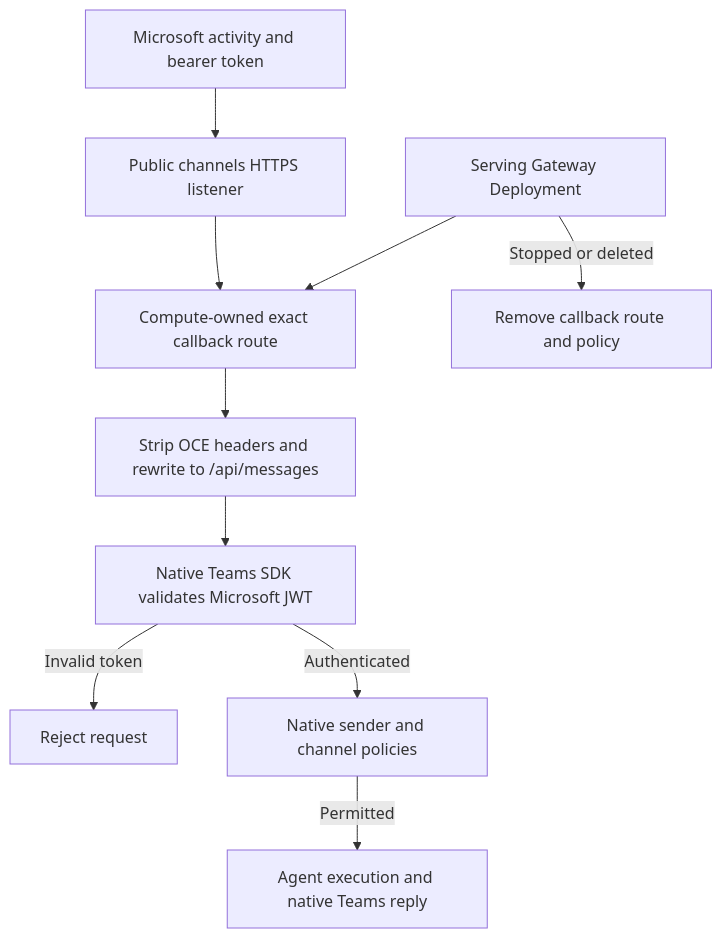
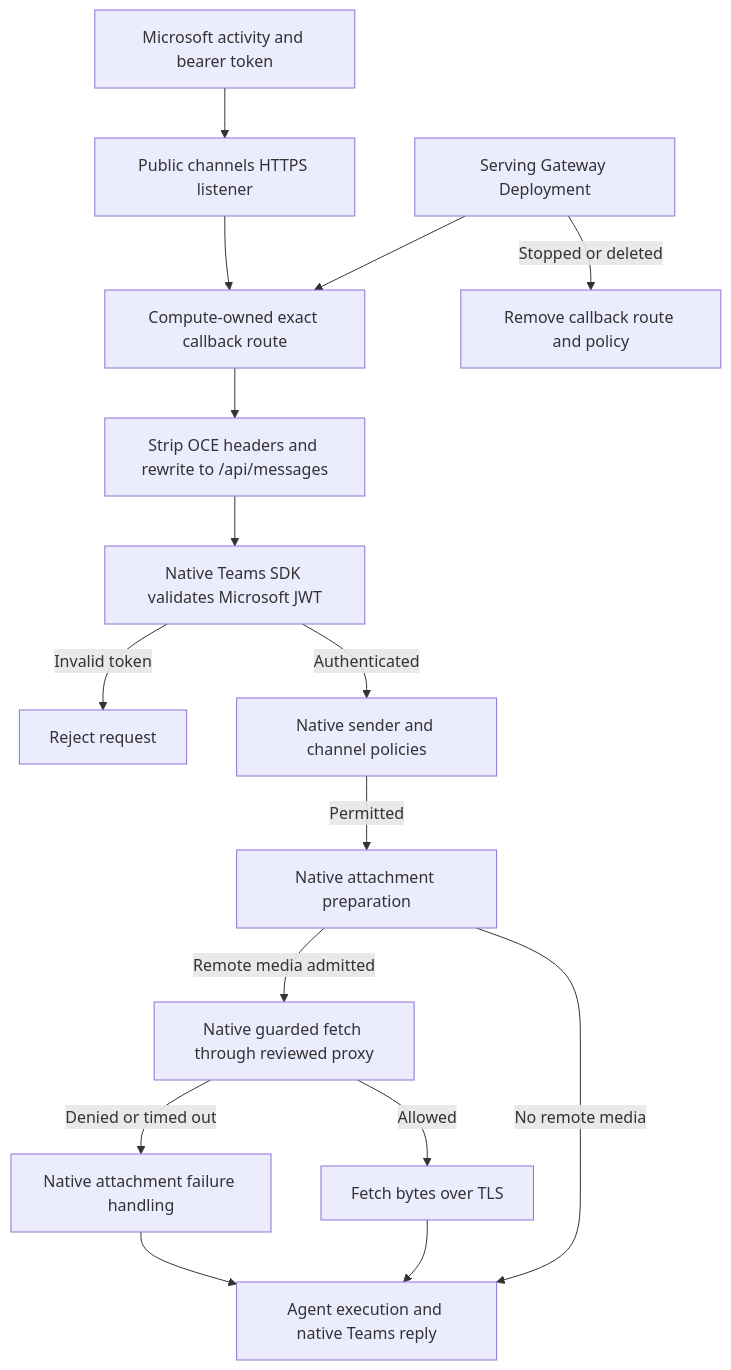
The diagram in docs/flows/agent-channel-ingress.md (raw-labs/openclaw-enterprise), drawn with Mermaid before and after one commit. The commit also changed other lines of this file and 19 other files, not shown here.

Commit message:
Fix native Teams attachment transport through the channel proxy

````diff
--- a/docs/flows/agent-channel-ingress.md
+++ b/docs/flows/agent-channel-ingress.md
@@ -27,12 +29,18 @@
 ```mermaid
 graph TD
   D["Serving Gateway Deployment"] --> R["Compute-owned exact callback route"]
   M["Microsoft activity and bearer token"] --> L["Public channels HTTPS listener"]
   L --> R
   R --> H["Strip OCE headers and rewrite to /api/messages"]
   H --> S["Native Teams SDK validates Microsoft JWT"]
   S -->|"Invalid token"| X["Reject request"]
   S -->|"Authenticated"| P["Native sender and channel policies"]
-  P -->|"Permitted"| A["Agent execution and native Teams reply"]
+  P -->|"Permitted"| F["Native attachment preparation"]
+  F -->|"No remote media"| A["Agent execution and native Teams reply"]
+  F -->|"Remote media admitted"| Q["Native guarded fetch through reviewed proxy"]
+  Q -->|"Allowed"| B["Fetch bytes over TLS"]
+  Q -->|"Denied or timed out"| N["Native attachment failure handling"]
+  B --> A
+  N --> A
   D -->|"Stopped or deleted"| C["Remove callback route and policy"]
 ```
````
